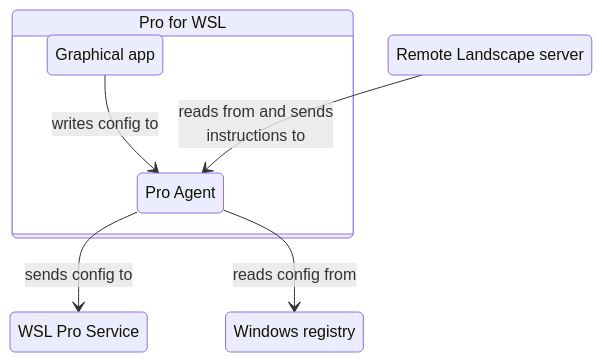
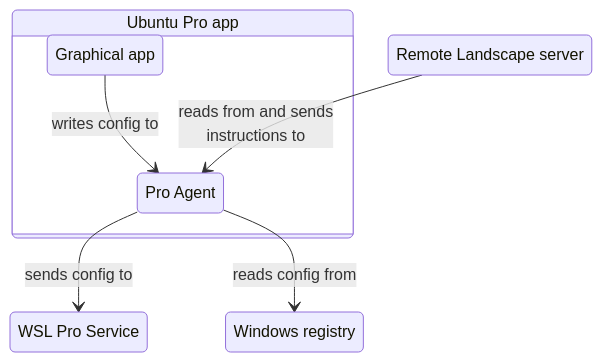
Before and after one commit to canonical/ubuntu-pro-for-wsl: the second of 3 diagrams in docs/explanation/ref-arch-explanation.md, drawn with Mermaid. The commit also changed other lines of this file and 37 other files, not shown here.

````diff
--- a/docs/explanation/ref-arch-explanation.md
+++ b/docs/explanation/ref-arch-explanation.md
@@ -63,17 +63,17 @@
 ```mermaid
 stateDiagram-v2
     LandscapeServer: Remote Landscape server
     ProService: WSL Pro Service
     Registry: Windows registry
-    UP4W: Pro for WSL
+    UP: Ubuntu Pro app
 
-    state UP4W {
+    state UP {
         GUI: Graphical app
         Agent: Pro Agent
         GUI --> Agent: writes config to
     }
 
     LandscapeServer --> Agent: reads from and sends<br/>instructions to
     Agent --> ProService: sends config to
     Agent --> Registry: reads config from
 ```
````
